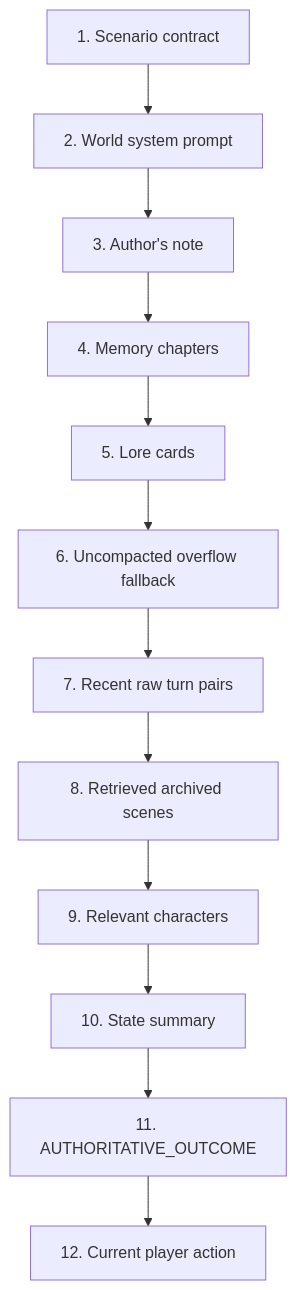
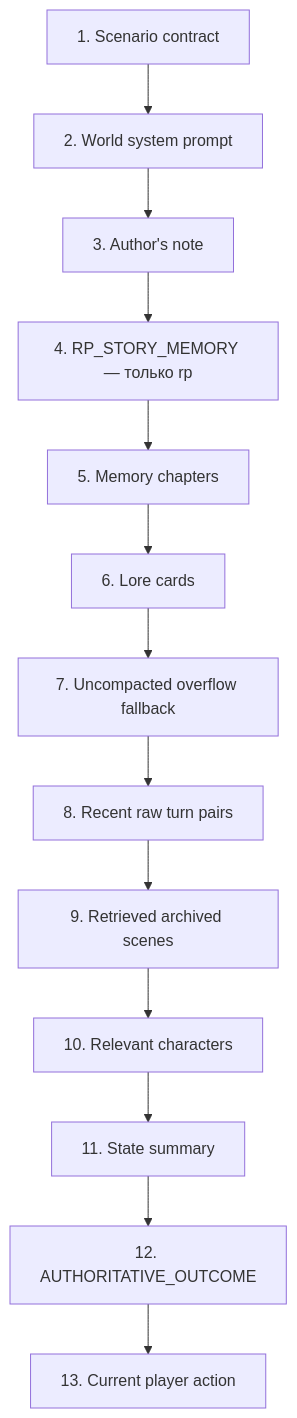
One commit to abykovwww-byte/ubuntu_ansible_palybooks changed the diagram in docs/wiki/05-memory-and-retrieval.md. Above: the diagram before and after it, drawn with Mermaid. The commit also changed other lines of this file and 30 other files, not shown here.

Commit message:
feat(rp-stack): add RP-only living story memory

````diff
--- a/docs/wiki/05-memory-and-retrieval.md
+++ b/docs/wiki/05-memory-and-retrieval.md
@@ -41,14 +94,15 @@
 ```mermaid
 flowchart TB
     A["1. Scenario contract"] --> B["2. World system prompt"]
     B --> C["3. Author's note"]
-    C --> D["4. Memory chapters"]
-    D --> E["5. Lore cards"]
-    E --> F["6. Uncompacted overflow fallback"]
-    F --> G["7. Recent raw turn pairs"]
-    G --> H["8. Retrieved archived scenes"]
-    H --> I["9. Relevant characters"]
-    I --> J["10. State summary"]
-    J --> K["11. AUTHORITATIVE_OUTCOME"]
-    K --> L["12. Current player action"]
+    C --> D["4. RP_STORY_MEMORY — только rp"]
+    D --> E["5. Memory chapters"]
+    E --> F["6. Lore cards"]
+    F --> G["7. Uncompacted overflow fallback"]
+    G --> H["8. Recent raw turn pairs"]
+    H --> I["9. Retrieved archived scenes"]
+    I --> J["10. Relevant characters"]
+    J --> K["11. State summary"]
+    K --> L["12. AUTHORITATIVE_OUTCOME"]
+    L --> M["13. Current player action"]
 ```
````
